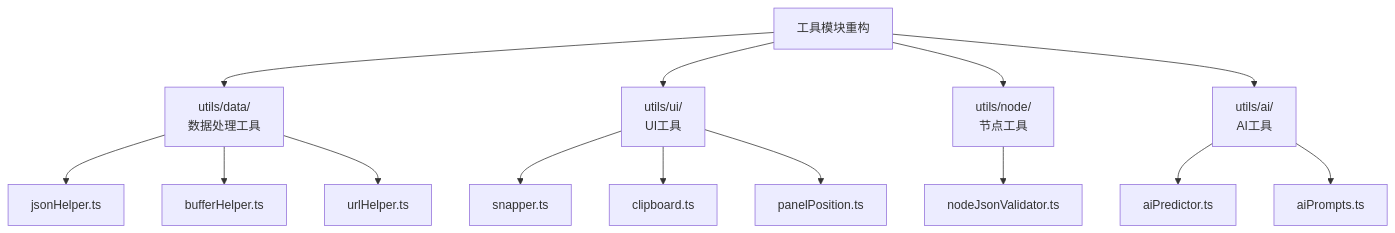
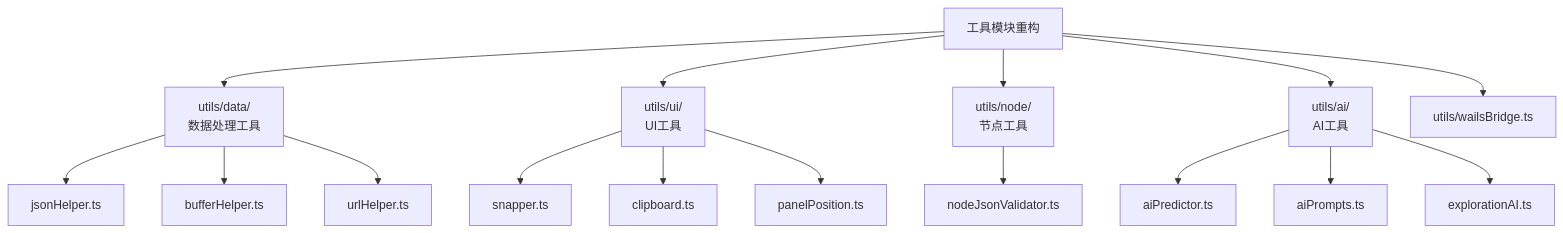
One commit to kqcoxn/MaaPipelineEditor changed diagram 31 of 31 in .qoder/repowiki/zh/content/工作流编辑器/工作流编辑器.md. Above: the diagram before and after it, drawn with Mermaid. The commit also changed other lines of this file and 8 other files, not shown here.

````diff
--- a/.qoder/repowiki/zh/content/工作流编辑器/工作流编辑器.md
+++ b/.qoder/repowiki/zh/content/工作流编辑器/工作流编辑器.md
@@ -1279,16 +1450,18 @@
 ```mermaid
 flowchart TD
 Reorg["工具模块重构"] --> DataModule["utils/data/<br/>数据处理工具"]
 Reorg --> UIModule["utils/ui/<br/>UI工具"]
 Reorg --> NodeModule["utils/node/<br/>节点工具"]
 Reorg --> AIModule["utils/ai/<br/>AI工具"]
+Reorg --> Bridge["utils/wailsBridge.ts"]
 DataModule --> JsonHelper["jsonHelper.ts"]
 DataModule --> BufferHelper["bufferHelper.ts"]
 DataModule --> UrlHelper["urlHelper.ts"]
 UIModule --> Snapper["snapper.ts"]
 UIModule --> Clipboard["clipboard.ts"]
 UIModule --> PanelPosition["panelPosition.ts"]
 NodeModule --> NodeJsonValidator["nodeJsonValidator.ts"]
 AIModule --> AIPredictor["aiPredictor.ts"]
 AIModule --> AIPrompts["aiPrompts.ts"]
+AIModule --> ExplorationAI["explorationAI.ts"]
 ```
````
